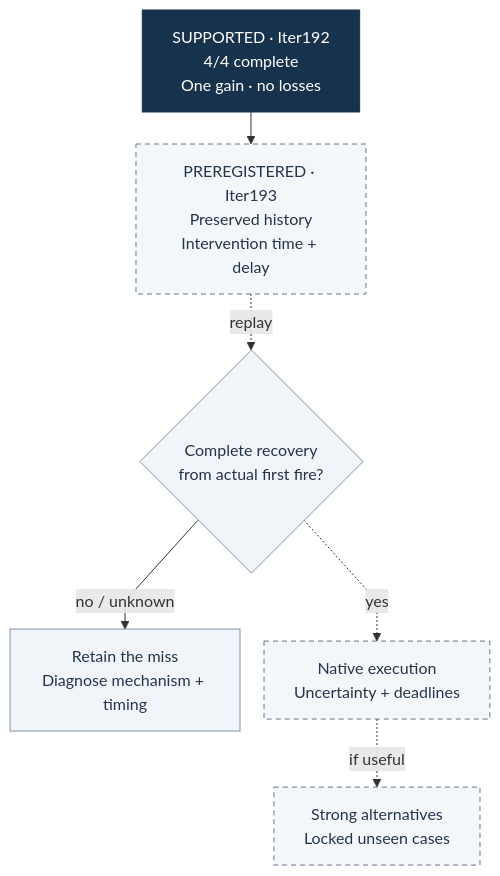
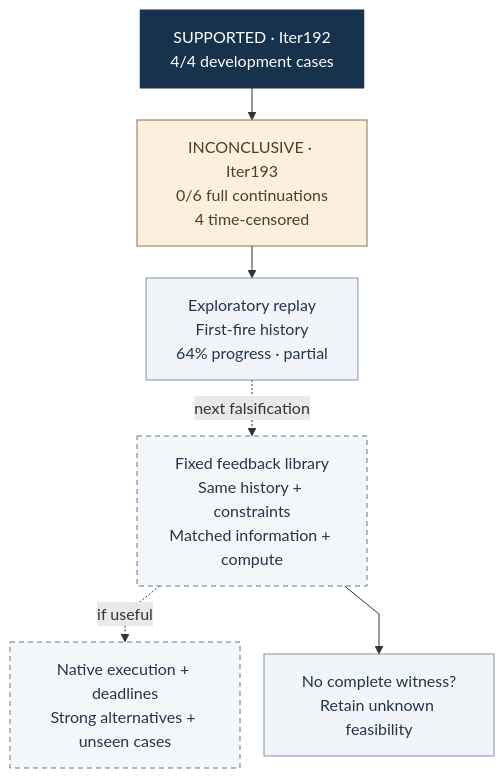
Before and after one commit to manfromnowhere143/sentinel: the fourth of 4 diagrams in README.md, drawn with Mermaid. The commit also changed other lines of this file and 48 other files, not shown here.

Commit message:
Close history-delay evidence and preserve the partial recovery boundary

````diff
--- a/README.md
+++ b/README.md
@@ -1405,24 +1437,26 @@
 ```mermaid
 ---
 config:
   flowchart:
     curve: linear
     nodeSpacing: 24
     wrappingWidth: 170
     rankSpacing: 32
 ---
 flowchart TB
-  accTitle: Integrated qualification and remaining intervention gates
-  accDescr: Four exposed cases pass; preserved-history recovery and online execution remain open.
-  A["SUPPORTED · Iter192<br/>4/4 complete<br/>One gain · no losses"]
-  A --> H["PREREGISTERED · Iter193<br/>Preserved history<br/>Intervention time + delay"]
-  H -. "replay" .-> G{"Complete recovery<br/>from actual first fire?"}
-  G -- "no / unknown" --> F["Retain the miss<br/>Diagnose mechanism + timing"]
-  G -. "yes" .-> N["Native execution<br/>Uncertainty + deadlines"]
-  N -. "if useful" .-> I["Strong alternatives<br/>Locked unseen cases"]
+  accTitle: Development and intervention gates
+  accDescr: Development completion does not establish complete or online recovery.
+  A["SUPPORTED · Iter192<br/>4/4 development cases"]
+  A --> B["INCONCLUSIVE · Iter193<br/>0/6 full continuations<br/>4 time-censored"]
+  B --> C["Exploratory replay<br/>First-fire history<br/>64% progress · partial"]
+  C -. "next falsification" .-> D["Fixed feedback library<br/>Same history + constraints<br/>Matched information + compute"]
+  D -. "if useful" .-> E["Native execution + deadlines<br/>Strong alternatives + unseen cases"]
+  D --> F["No complete witness?<br/>Retain unknown feasibility"]
   classDef default fill:#f1f5f9,stroke:#8293a6,color:#23354a;
   classDef focus fill:#17324d,stroke:#17324d,color:#fff;
+  classDef unresolved fill:#fbf0dd,stroke:#927144,color:#543e22;
   classDef proposed fill:#f4f7fa,stroke:#65768a,color:#23354a,stroke-dasharray:5 4;
   class A focus;
-  class H,N,I proposed;
+  class B unresolved;
+  class D,E proposed;
 ```
````
